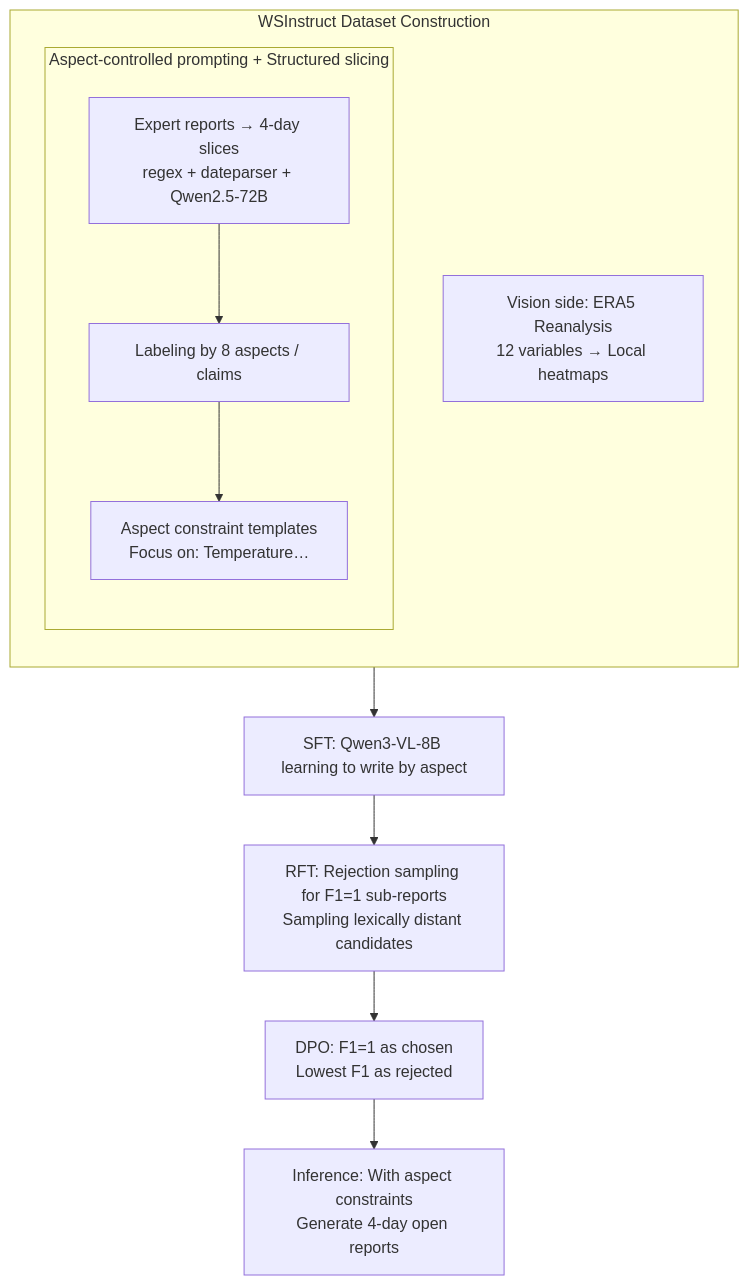
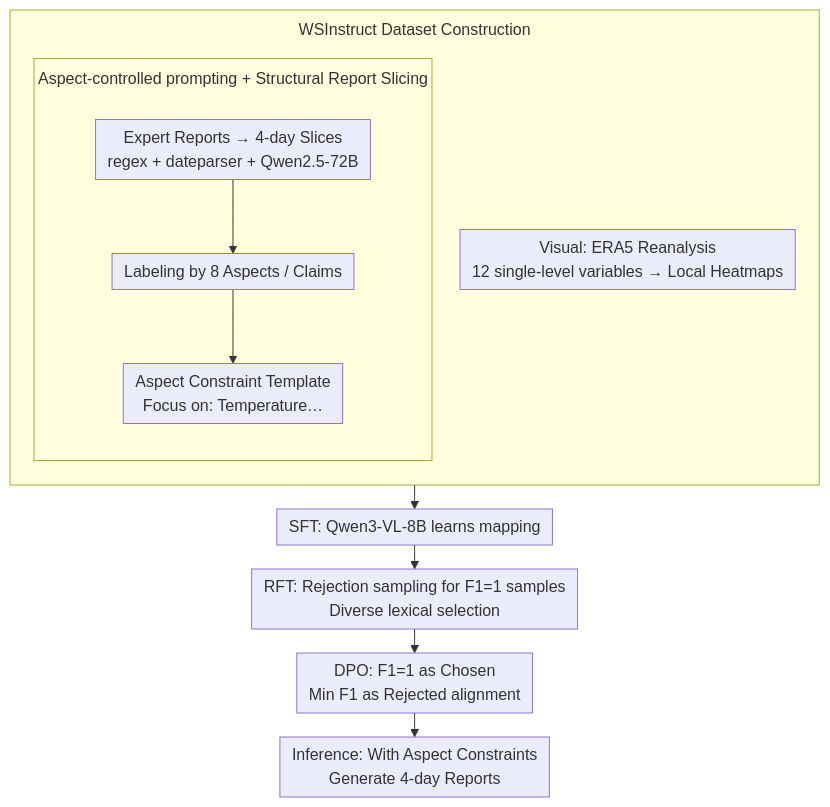
Before and after one commit to zhaoyang97/Paper-Notes-en: the diagram in docs/ICML2026/multimodal_vlm/weathersyn_an_instruction_tuning_mllm_for_weather_forecasting_report_generation.md, drawn with Mermaid. The commit also changed other lines of this file and 5084 other files, not shown here.

````diff
--- a/docs/ICML2026/multimodal_vlm/weathersyn_an_instruction_tuning_mllm_for_weather_forecasting_report_generation.md
+++ b/docs/ICML2026/multimodal_vlm/weathersyn_an_instruction_tuning_mllm_for_weather_forecasting_report_generation.md
@@ -45,17 +45,18 @@
 ```mermaid
-graph TD
+%%{init: {'flowchart': {'rankSpacing': 24, 'nodeSpacing': 28, 'padding': 6, 'wrappingWidth': 400, 'subGraphTitleMargin': {'top': 8, 'bottom': 16}}}}%%
+flowchart TD
     subgraph DATA["WSInstruct Dataset Construction"]
         direction TB
-        V["Vision side: ERA5 Reanalysis<br/>12 variables → Local heatmaps"]
-        subgraph ASP["Aspect-controlled prompting + Structured slicing"]
+        V["Visual: ERA5 Reanalysis<br/>12 single-level variables → Local Heatmaps"]
+        subgraph ASP["Aspect-controlled prompting + Structural Report Slicing"]
             direction TB
-            T1["Expert reports → 4-day slices<br/>regex + dateparser + Qwen2.5-72B"]
-            T1 --> T2["Labeling by 8 aspects / claims"]
-            T2 --> T3["Aspect constraint templates<br/>Focus on: Temperature…"]
+            T1["Expert Reports → 4-day Slices<br/>regex + dateparser + Qwen2.5-72B"]
+            T1 --> T2["Labeling by 8 Aspects / Claims"]
+            T2 --> T3["Aspect Constraint Template<br/>Focus on: Temperature…"]
         end
     end
-    DATA --> SFT["SFT: Qwen3-VL-8B learning to write by aspect"]
-    SFT --> RFT["RFT: Rejection sampling for F1=1 sub-reports<br/>Sampling lexically distant candidates"]
-    RFT --> DPO["DPO: F1=1 as chosen<br/>Lowest F1 as rejected"]
-    DPO --> OUT["Inference: With aspect constraints<br/>Generate 4-day open reports"]
+    DATA --> SFT["SFT: Qwen3-VL-8B learns mapping"]
+    SFT --> RFT["RFT: Rejection sampling for F1=1 samples<br/>Diverse lexical selection"]
+    RFT --> DPO["DPO: F1=1 as Chosen<br/>Min F1 as Rejected alignment"]
+    DPO --> OUT["Inference: With Aspect Constraints<br/>Generate 4-day Reports"]
 ```
````
